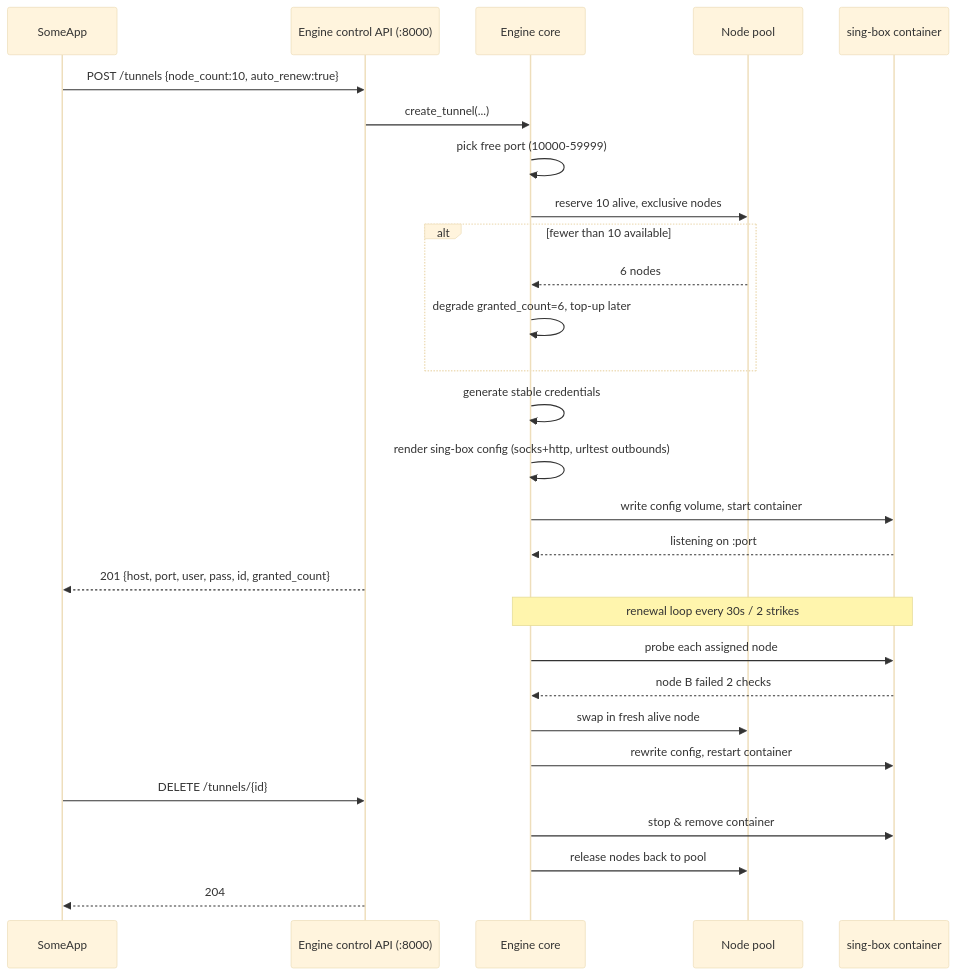
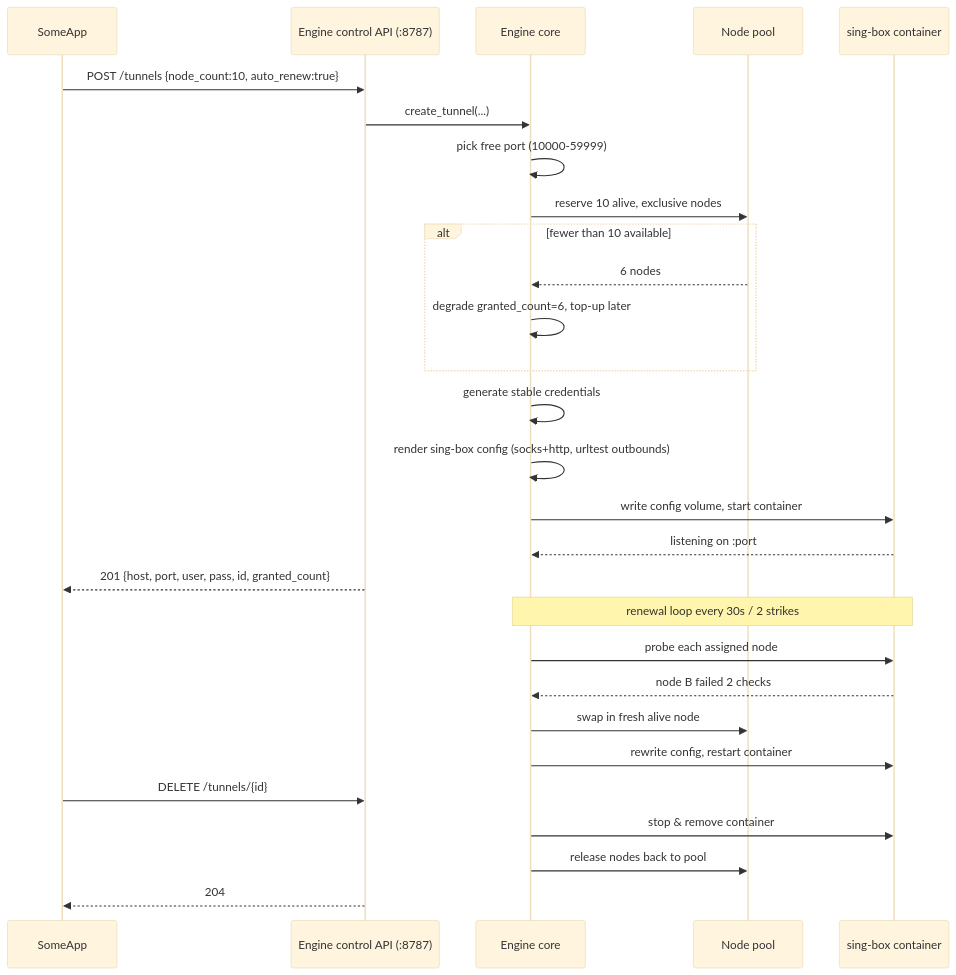
One commit to M1778/InfinityProxy changed the diagram in docs/architecture.md. Above: the diagram before and after it, drawn with Mermaid (base theme). The commit also changed other lines of this file and 32 other files, not shown here.

Commit message:
Add a full-control web panel and split engine/panel ports

````diff
--- a/docs/architecture.md
+++ b/docs/architecture.md
@@ -101,33 +105,33 @@
 ```mermaid
 sequenceDiagram
     participant App as SomeApp
-    participant API as Engine control API (:8000)
+    participant API as Engine control API (:8787)
     participant E as Engine core
     participant P as Node pool
     participant S as sing-box container
 
     App->>API: POST /tunnels {node_count:10, auto_renew:true}
     API->>E: create_tunnel(...)
     E->>E: pick free port (10000-59999)
     E->>P: reserve 10 alive, exclusive nodes
     alt fewer than 10 available
         P-->>E: 6 nodes
         E->>E: degrade granted_count=6, top-up later
     end
     E->>E: generate stable credentials
     E->>E: render sing-box config (socks+http, urltest outbounds)
     E->>S: write config volume, start container
     S-->>E: listening on :port
     API-->>App: 201 {host, port, user, pass, id, granted_count}
 
     Note over E,S: renewal loop every 30s / 2 strikes
     E->>S: probe each assigned node
     S-->>E: node B failed 2 checks
     E->>P: swap in fresh alive node
     E->>S: rewrite config, restart container
 
     App->>API: DELETE /tunnels/{id}
     E->>S: stop & remove container
     E->>P: release nodes back to pool
     API-->>App: 204
 ```
````
